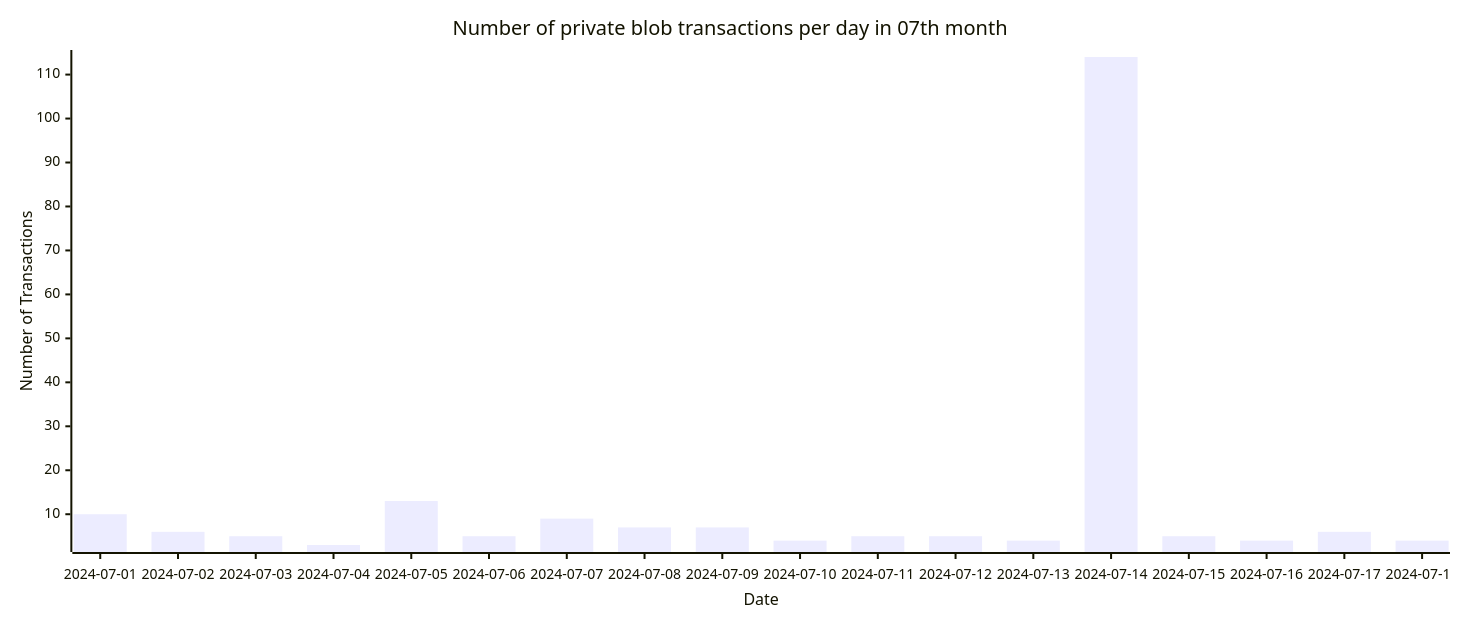
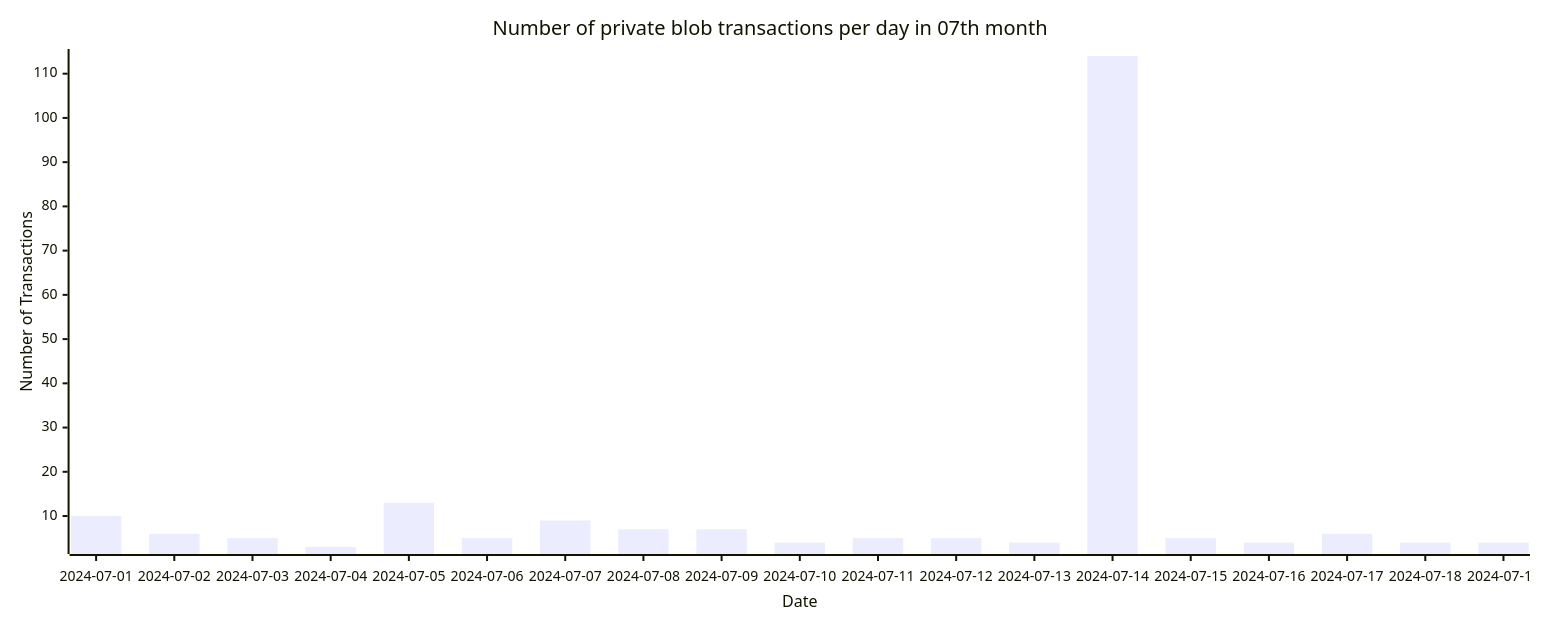
Before and after one commit to Amit0617/eip4844-data: the fifth of 5 diagrams in README.md, drawn with Mermaid. The commit also changed 1 other file, not shown here.

````diff
--- a/README.md
+++ b/README.md
@@ -53,12 +53,12 @@
 ```mermaid
 ---
 config:
     xyChart:
-        width: 1440
+        width: 1520
         height: 600
 ---
 xychart-beta title "Number of private blob transactions per day in 07th month"
-x-axis "Date" [2024-07-01,2024-07-02,2024-07-03,2024-07-04,2024-07-05,2024-07-06,2024-07-07,2024-07-08,2024-07-09,2024-07-10,2024-07-11,2024-07-12,2024-07-13,2024-07-14,2024-07-15,2024-07-16,2024-07-17,2024-07-18]
+x-axis "Date" [2024-07-01,2024-07-02,2024-07-03,2024-07-04,2024-07-05,2024-07-06,2024-07-07,2024-07-08,2024-07-09,2024-07-10,2024-07-11,2024-07-12,2024-07-13,2024-07-14,2024-07-15,2024-07-16,2024-07-17,2024-07-18,2024-07-19]
 y-axis "Number of Transactions"
-bar[10,6,5,3,13,5,9,7,7,4,5,5,4,114,5,4,6,4]
+bar[10,6,5,3,13,5,9,7,7,4,5,5,4,114,5,4,6,4,4]
 ```
````
